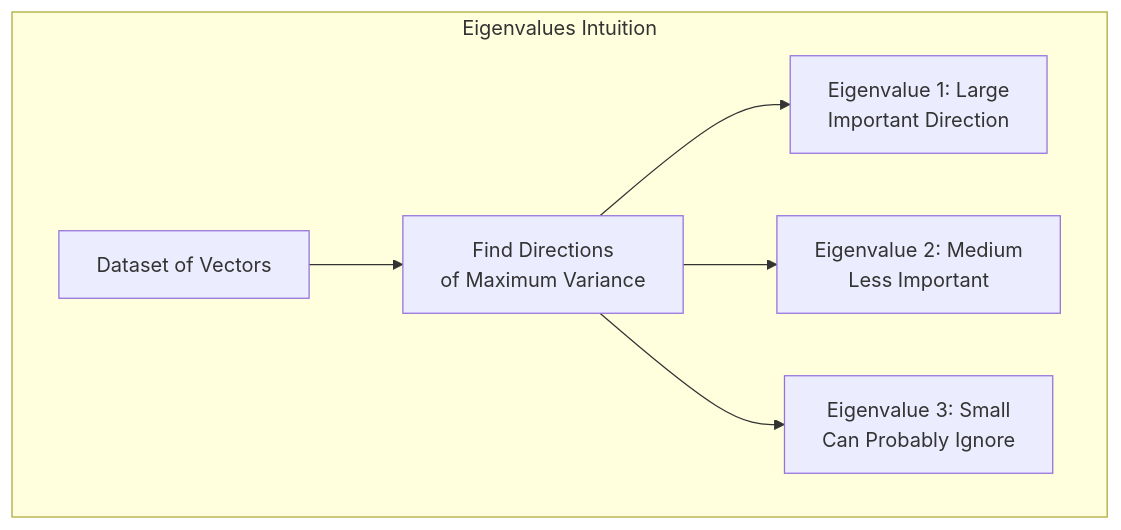
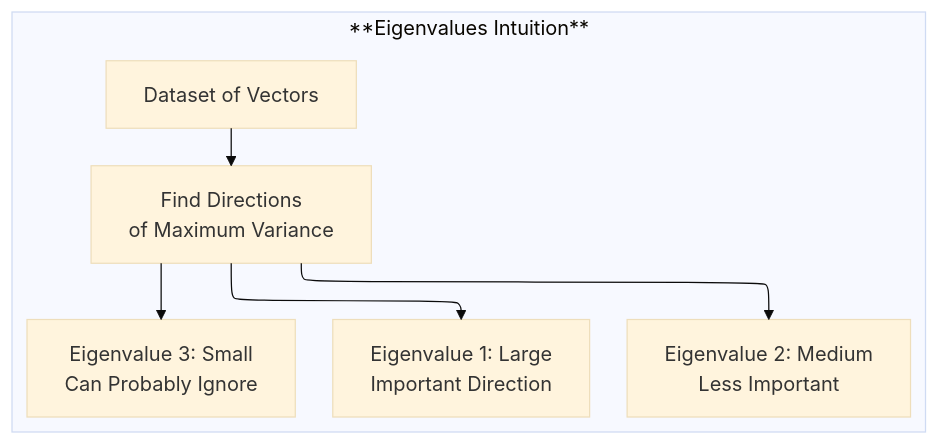
The eighth of 12 diagrams in The 2026 AI Metromap/The 2026 AI Metromap: Linear Algebra for ML – The Language of the Map.md (Vineet-Sharma-Medium-Stories/Medium-Build-Tool), drawn with Mermaid before and after one commit. The commit also changed other lines of this file and 37 other files, not shown here.

````diff
--- a/The 2026 AI Metromap/The 2026 AI Metromap: Linear Algebra for ML – The Language of the Map.md
+++ b/The 2026 AI Metromap/The 2026 AI Metromap: Linear Algebra for ML – The Language of the Map.md
@@ -302,9 +337,14 @@
 ```mermaid
+---
+config:
+  theme: base
+  layout: elk
+---
 graph TD
-    subgraph "Eigenvalues Intuition"
+    subgraph "**Eigenvalues Intuition**"
         D[Dataset of Vectors] --> P[Find Directions<br/>of Maximum Variance]
         P --> E1[Eigenvalue 1: Large<br/>Important Direction]
         P --> E2[Eigenvalue 2: Medium<br/>Less Important]
         P --> E3[Eigenvalue 3: Small<br/>Can Probably Ignore]
     end
 ```
````
